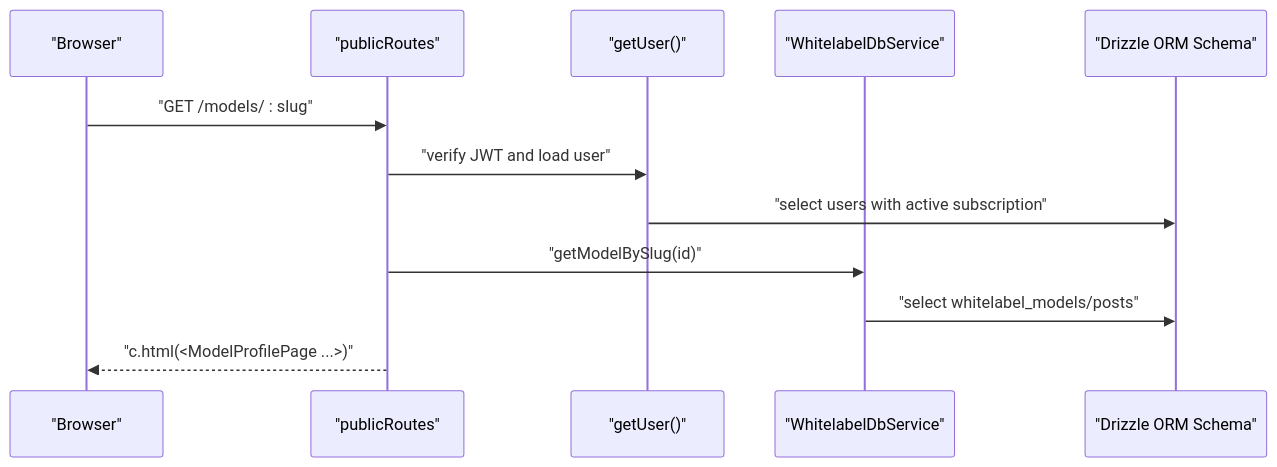
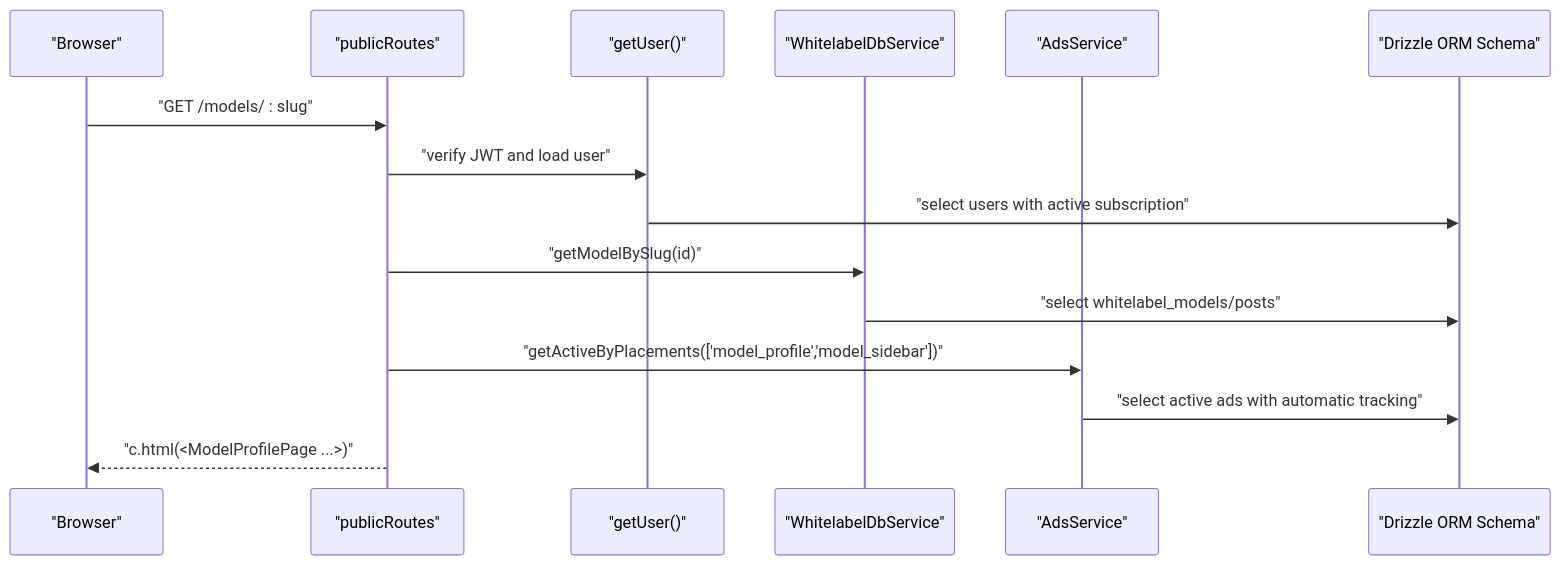
Before and after one commit to eromedrive2tb-gif/Avitrine: the seventh of 9 diagrams in .qoder/repowiki/en/content/System Architecture/Frontend Architecture.md, drawn with Mermaid. The commit also changed other lines of this file and 18 other files, not shown here.

````diff
--- a/.qoder/repowiki/en/content/System Architecture/Frontend Architecture.md
+++ b/.qoder/repowiki/en/content/System Architecture/Frontend Architecture.md
@@ -242,14 +372,17 @@
 ```mermaid
 sequenceDiagram
 participant Client as "Browser"
 participant Public as "publicRoutes"
 participant Auth as "getUser()"
 participant WL as "WhitelabelDbService"
+participant Ads as "AdsService"
 participant DB as "Drizzle ORM Schema"
 Client->>Public : "GET /models/ : slug"
 Public->>Auth : "verify JWT and load user"
 Auth->>DB : "select users with active subscription"
 Public->>WL : "getModelBySlug(id)"
 WL->>DB : "select whitelabel_models/posts"
+Public->>Ads : "getActiveByPlacements(['model_profile','model_sidebar'])"
+Ads->>DB : "select active ads with automatic tracking"
 Public-->>Client : "c.html(<ModelProfilePage ...>)"
 ```
````
